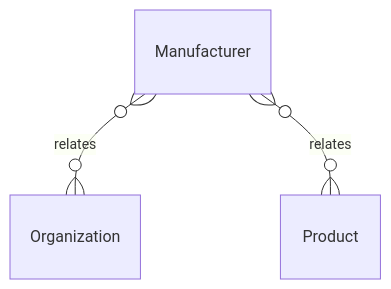
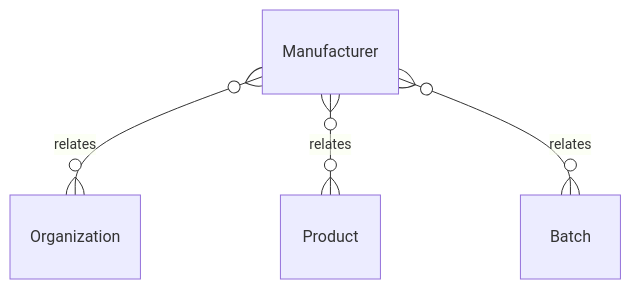
Before and after one commit to tejasnirala/rcln: the diagram in .kb/Database/Manufacturer.md, drawn with Mermaid. The commit also changed other lines of this file and 148 other files, not shown here.

````diff
--- a/.kb/Database/Manufacturer.md
+++ b/.kb/Database/Manufacturer.md
@@ -47,5 +48,6 @@
 ```mermaid
 erDiagram
     Manufacturer }o--o{ Organization : relates
     Manufacturer }o--o{ Product : relates
+    Manufacturer }o--o{ Batch : relates
 ```
````
